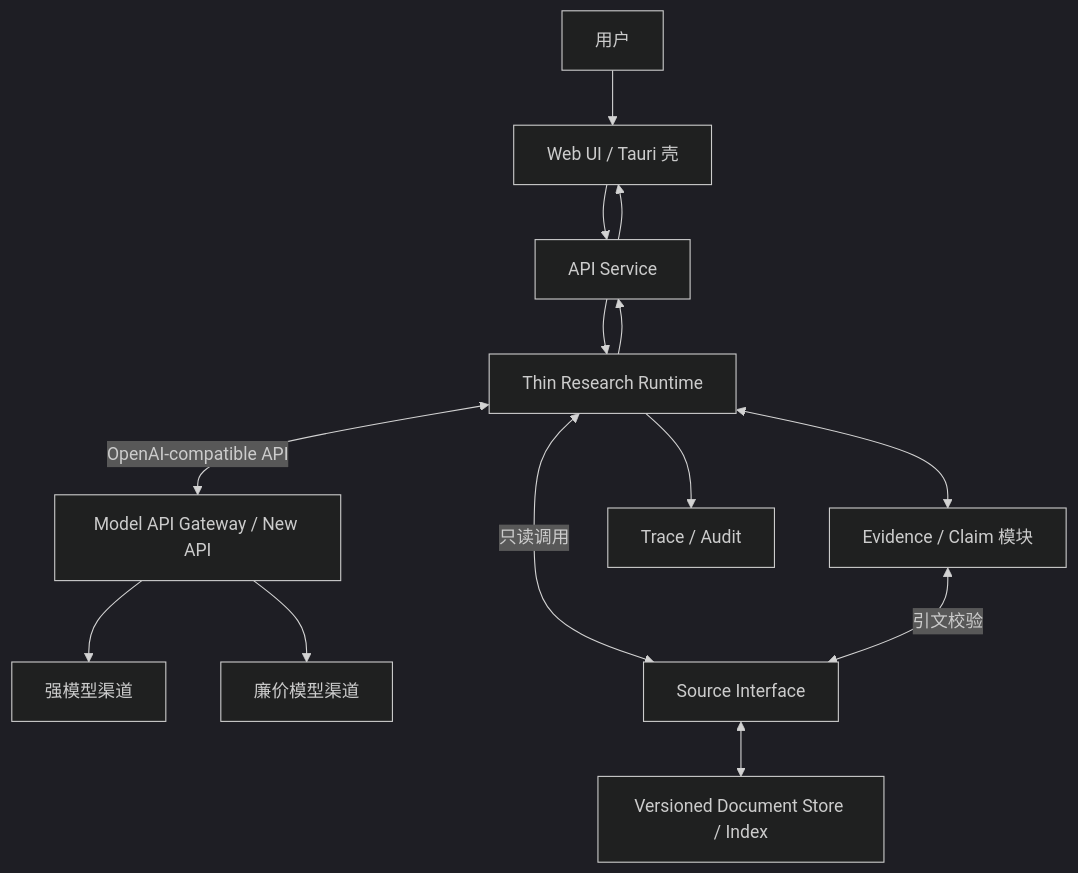
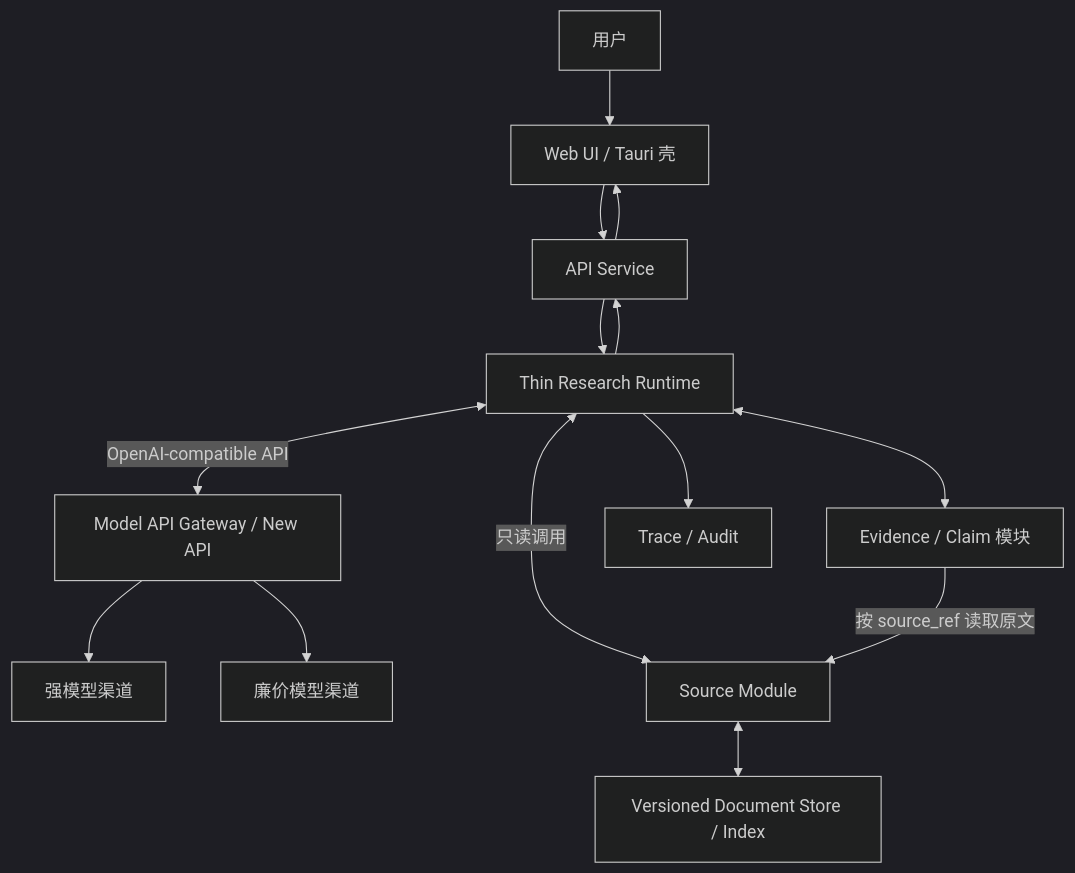
The first of 2 diagrams in docs/architecture.md (SuperCatQR/traceable-research-runtime), drawn with Mermaid (dark theme) before and after one commit. The commit also changed other lines of this file and 1 other file, not shown here.

````diff
--- a/docs/architecture.md
+++ b/docs/architecture.md
@@ -51,19 +51,19 @@
 ```mermaid
 flowchart TB
     U[用户] --> UI[Web UI / Tauri 壳]
     UI --> API[API Service]
     API --> R[Thin Research Runtime]
 
     R <-->|OpenAI-compatible API| MG[Model API Gateway / New API]
     MG --> SM[强模型渠道]
     MG --> CM[廉价模型渠道]
 
-    R <-->|只读调用| SI[Source Interface]
+    R <-->|只读调用| SI[Source Module]
     R <--> E[Evidence / Claim 模块]
-    E <-->|引文校验| SI
+    E -->|按 source_ref 读取原文| SI
     SI <--> D[Versioned Document Store / Index]
     R --> A[Trace / Audit]
 
     R --> API
     API --> UI
 ```
````
